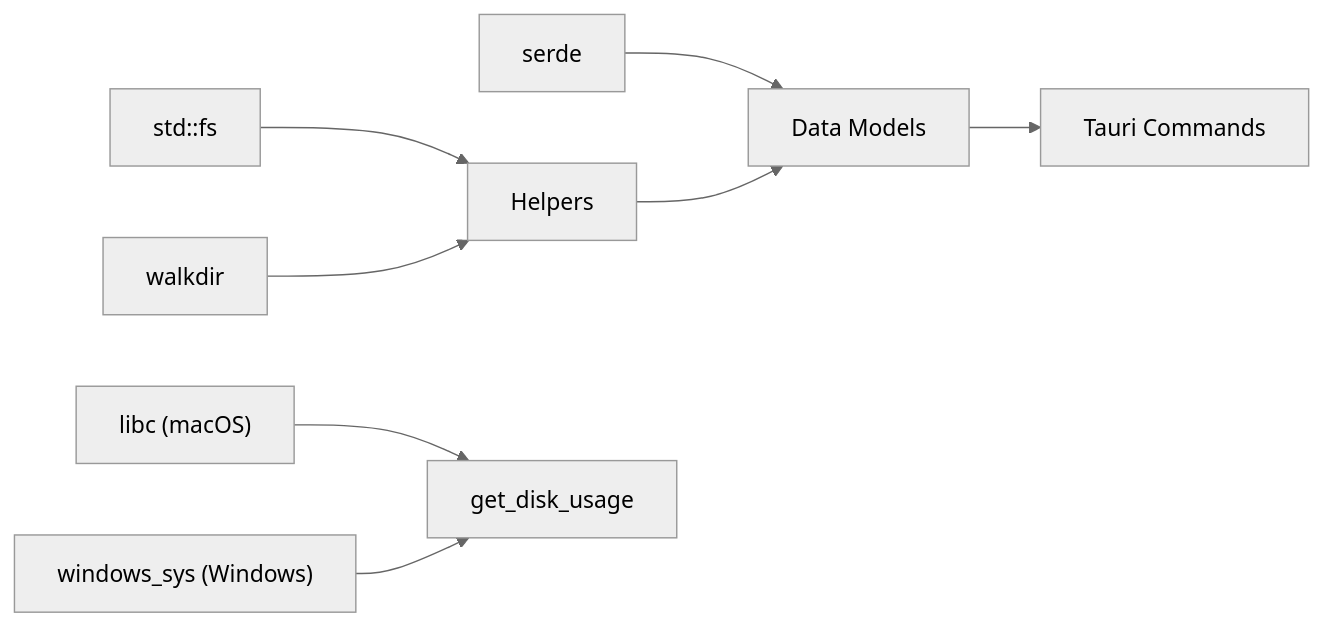
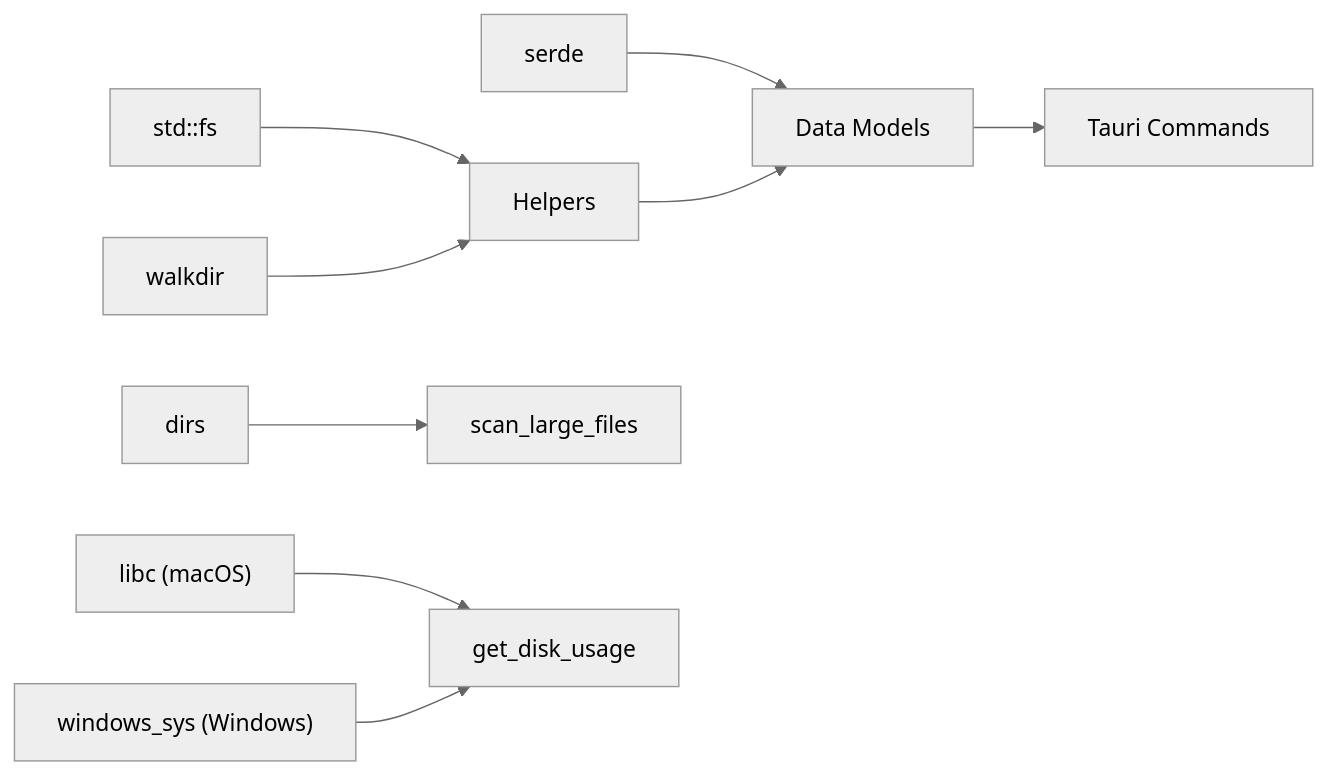
One commit to mrtruongleo/FreeSpaceMacos changed the fourth of 4 diagrams in .qoder/repowiki/en/content/Technical Implementation Details/Backend Architecture (Rust)/Data Models and Structures.md. Above: the diagram before and after it, drawn with Mermaid (neutral theme). The commit also changed other lines of this file and 31 other files, not shown here.

````diff
--- a/.qoder/repowiki/en/content/Technical Implementation Details/Backend Architecture (Rust)/Data Models and Structures.md
+++ b/.qoder/repowiki/en/content/Technical Implementation Details/Backend Architecture (Rust)/Data Models and Structures.md
@@ -303,10 +383,11 @@
 ```mermaid
 graph LR
 Serde["serde"] --> Models["Data Models"]
 StdFS["std::fs"] --> Helpers["Helpers"]
 WalkDir["walkdir"] --> Helpers
+Dirs["dirs"] --> LargeFileCmd["scan_large_files"]
 Libc["libc (macOS)"] --> DiskUsageCmd["get_disk_usage"]
 WinSys["windows_sys (Windows)"] --> DiskUsageCmd
 Helpers --> Models
 Models --> Commands["Tauri Commands"]
 ```
````
